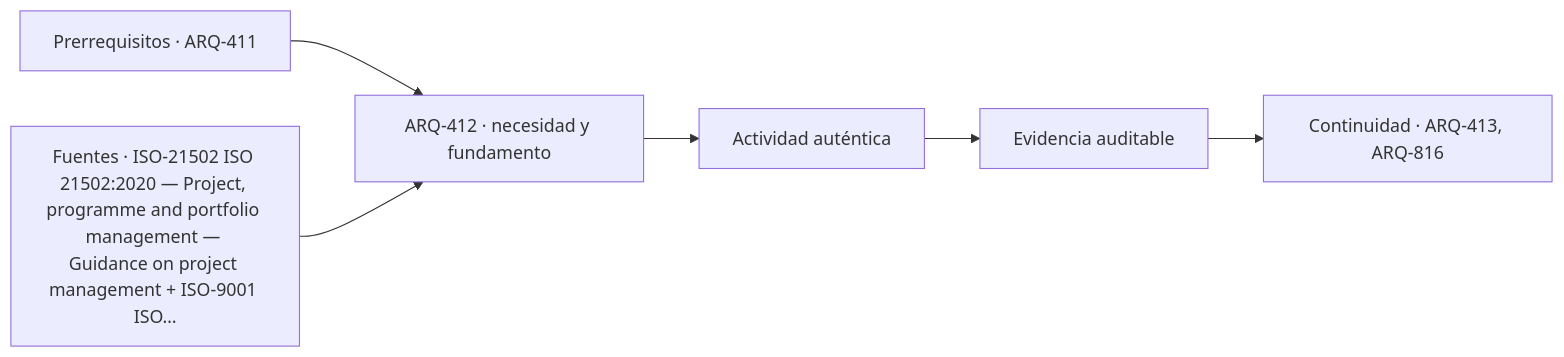
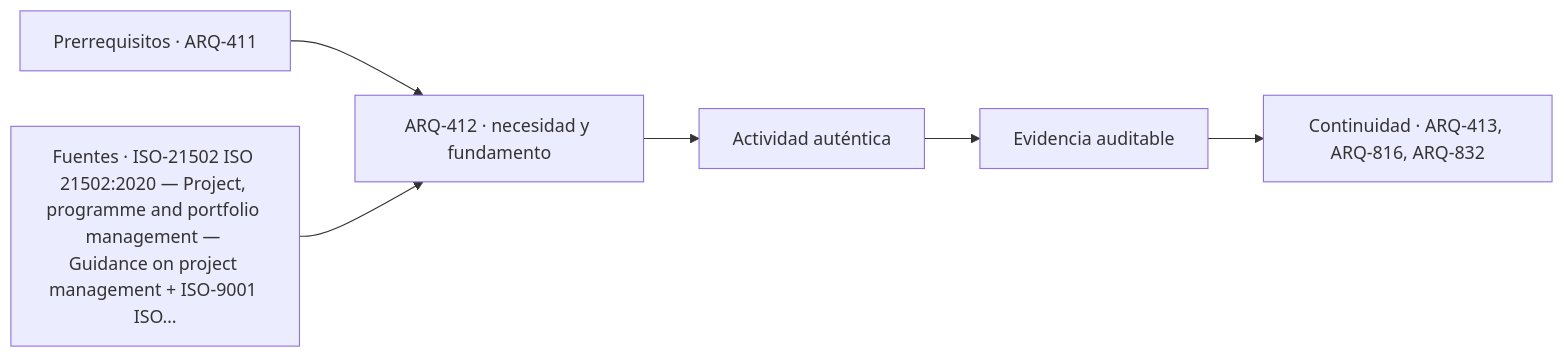
The diagram in classes/parte-42/ARQ-412.md (vladimiracunadev-create/architecture-built-environment-learning-program), drawn with Mermaid before and after one commit. The commit also changed other lines of this file and 182 other files, not shown here.

````diff
--- a/classes/parte-42/ARQ-412.md
+++ b/classes/parte-42/ARQ-412.md
@@ -87,8 +87,8 @@
 ```mermaid
 flowchart LR
     A["Prerrequisitos · ARQ-411"] --> B["ARQ-412 · necesidad y fundamento"]
     S["Fuentes · ISO-21502 ISO 21502:2020 — Project, programme and portfolio management — Guidance on project management + ISO-9001 ISO…"] --> B
     B --> C["Actividad auténtica"]
     C --> D["Evidencia auditable"]
-    D --> E["Continuidad · ARQ-413, ARQ-816"]
+    D --> E["Continuidad · ARQ-413, ARQ-816, ARQ-832"]
 ```
````
